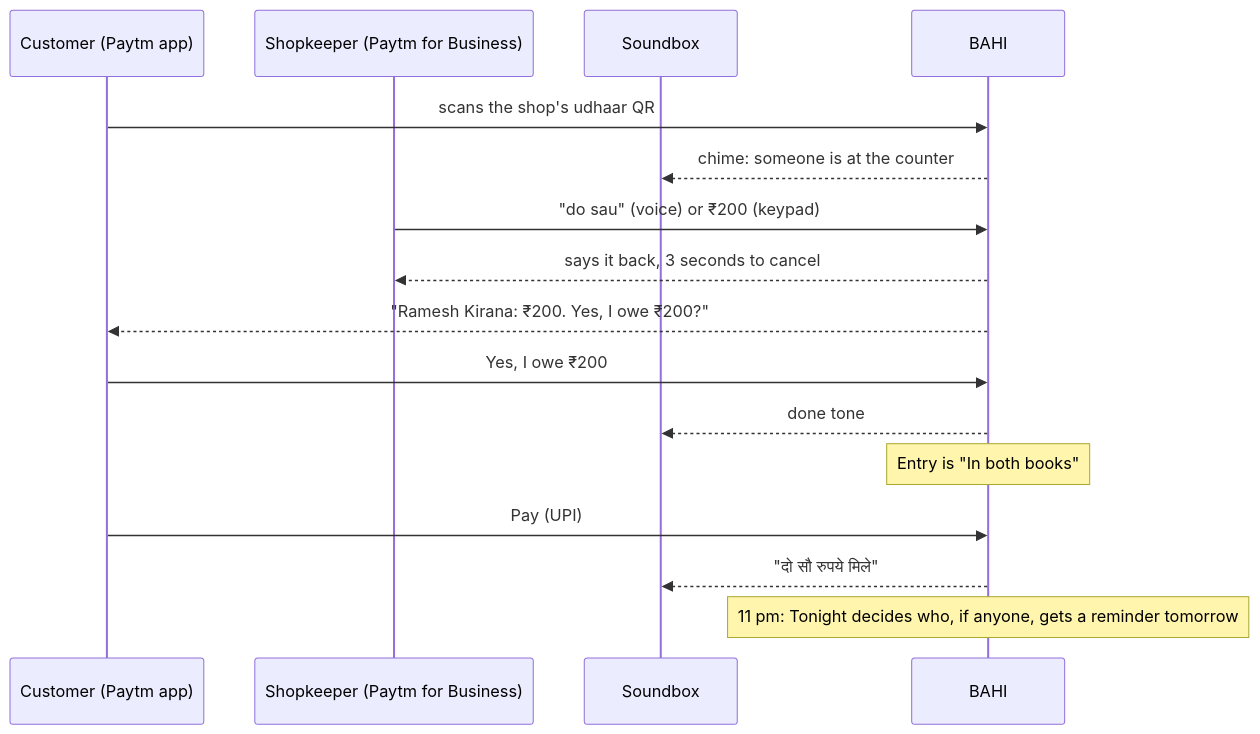
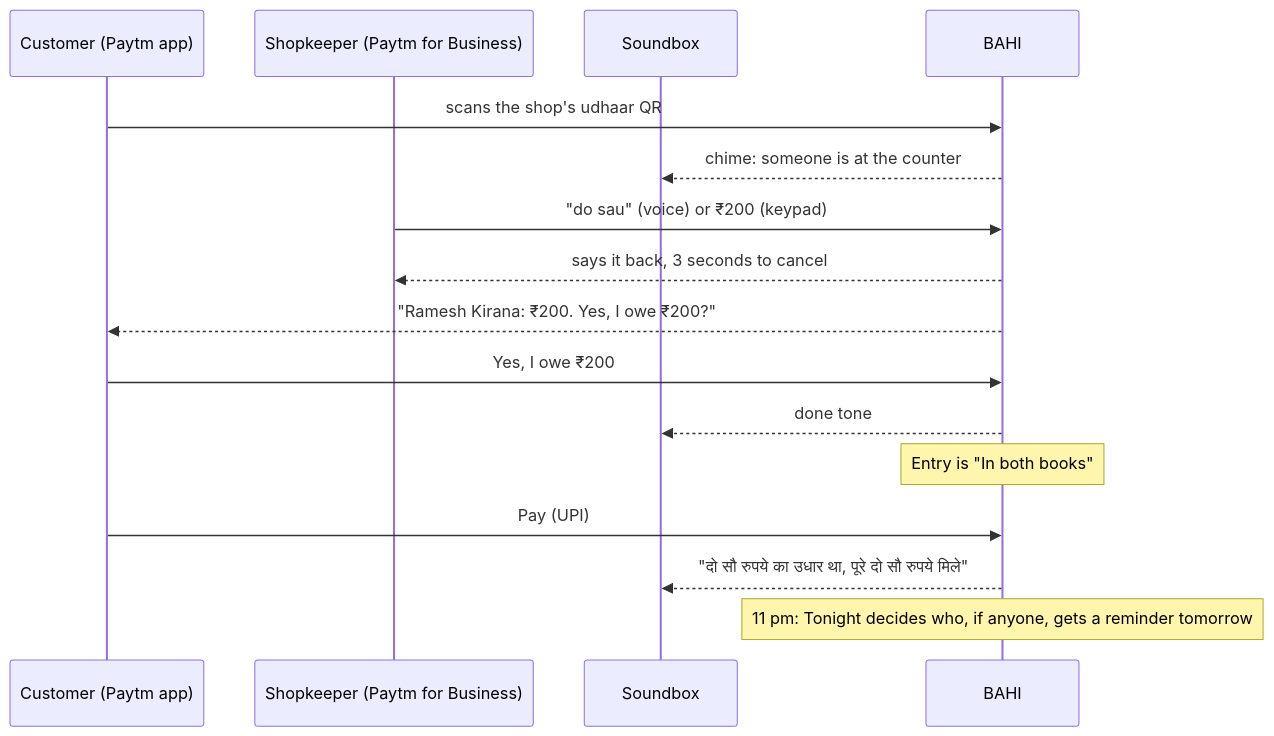
One commit to Uchiha-Itachi0/PAYTM-BAHI changed the first of 3 diagrams in README.md. Above: the diagram before and after it, drawn with Mermaid. The commit also changed other lines of this file and 20 other files, not shown here.

````diff
--- a/README.md
+++ b/README.md
@@ -53,19 +53,19 @@
 ```mermaid
 sequenceDiagram
     participant C as Customer (Paytm app)
     participant S as Shopkeeper (Paytm for Business)
     participant SB as Soundbox
     participant B as BAHI
 
     C->>B: scans the shop's udhaar QR
     B-->>SB: chime: someone is at the counter
     S->>B: "do sau" (voice) or ₹200 (keypad)
     B-->>S: says it back, 3 seconds to cancel
     B-->>C: "Ramesh Kirana: ₹200. Yes, I owe ₹200?"
     C->>B: Yes, I owe ₹200
     B-->>SB: done tone
     Note over B: Entry is "In both books"
     C->>B: Pay (UPI)
-    B-->>SB: "दो सौ रुपये मिले"
+    B-->>SB: "दो सौ रुपये का उधार था, पूरे दो सौ रुपये मिले"
     Note over B: 11 pm: Tonight decides who, if anyone, gets a reminder tomorrow
 ```
````
